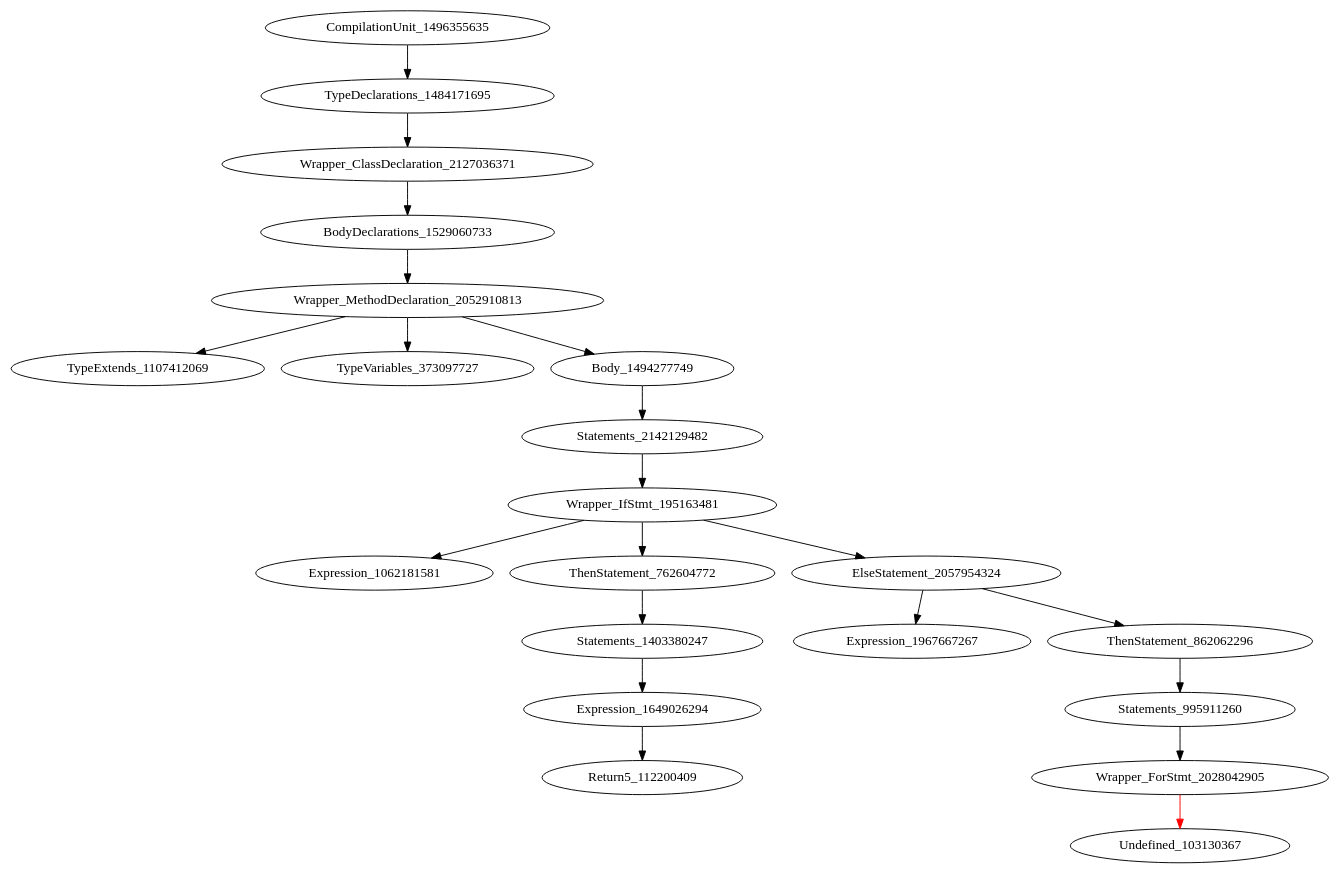
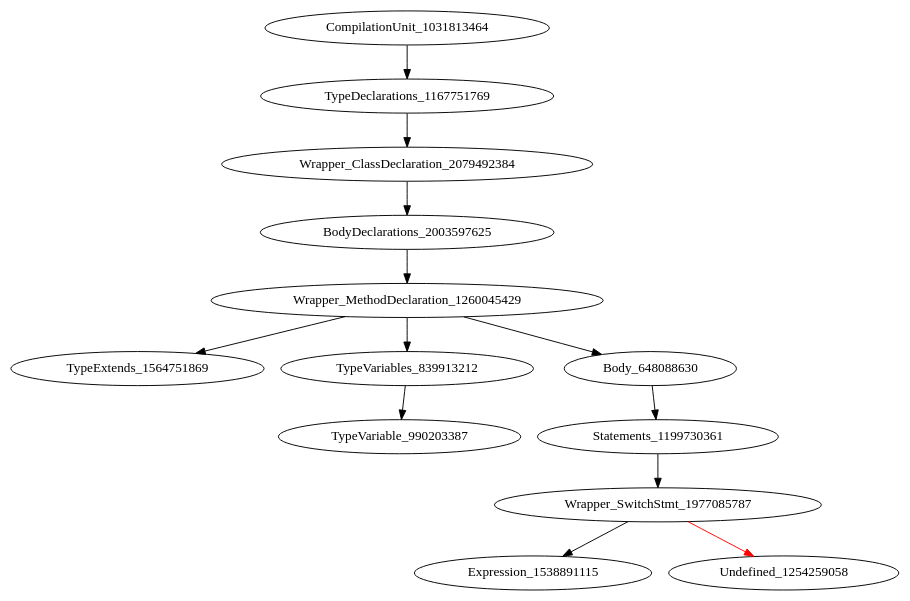
Before and after one commit to icse2023material/VoiceJava: the diagram in holeAST.dot, drawn with Graphviz. The commit also changed 16 other files, not shown here.

```diff
--- a/holeAST.dot
+++ b/holeAST.dot
@@ -1,22 +1,14 @@
 digraph {
-CompilationUnit_1496355635 -> TypeDeclarations_1484171695
-TypeDeclarations_1484171695 -> Wrapper_ClassDeclaration_2127036371
-Wrapper_ClassDeclaration_2127036371 -> BodyDeclarations_1529060733
-BodyDeclarations_1529060733 -> Wrapper_MethodDeclaration_2052910813
-Wrapper_MethodDeclaration_2052910813 -> TypeExtends_1107412069
-Wrapper_MethodDeclaration_2052910813 -> TypeVariables_373097727
-Wrapper_MethodDeclaration_2052910813 -> Body_1494277749
-Body_1494277749 -> Statements_2142129482
-Statements_2142129482 -> Wrapper_IfStmt_195163481
-Wrapper_IfStmt_195163481 -> Expression_1062181581
-Wrapper_IfStmt_195163481 -> ThenStatement_762604772
-Wrapper_IfStmt_195163481 -> ElseStatement_2057954324
-ThenStatement_762604772 -> Statements_1403380247
-ElseStatement_2057954324 -> Expression_1967667267
-ElseStatement_2057954324 -> ThenStatement_862062296
-Statements_1403380247 -> Expression_1649026294
-ThenStatement_862062296 -> Statements_995911260
-Expression_1649026294 -> Return5_112200409
-Statements_995911260 -> Wrapper_ForStmt_2028042905
-Wrapper_ForStmt_2028042905 -> Undefined_103130367 [color = red] 
+CompilationUnit_1031813464 -> TypeDeclarations_1167751769
+TypeDeclarations_1167751769 -> Wrapper_ClassDeclaration_2079492384
+Wrapper_ClassDeclaration_2079492384 -> BodyDeclarations_2003597625
+BodyDeclarations_2003597625 -> Wrapper_MethodDeclaration_1260045429
+Wrapper_MethodDeclaration_1260045429 -> TypeExtends_1564751869
+Wrapper_MethodDeclaration_1260045429 -> TypeVariables_839913212
+Wrapper_MethodDeclaration_1260045429 -> Body_648088630
+TypeVariables_839913212 -> TypeVariable_990203387
+Body_648088630 -> Statements_1199730361
+Statements_1199730361 -> Wrapper_SwitchStmt_1977085787
+Wrapper_SwitchStmt_1977085787 -> Expression_1538891115
+Wrapper_SwitchStmt_1977085787 -> Undefined_1254259058 [color = red] 
 }
```
